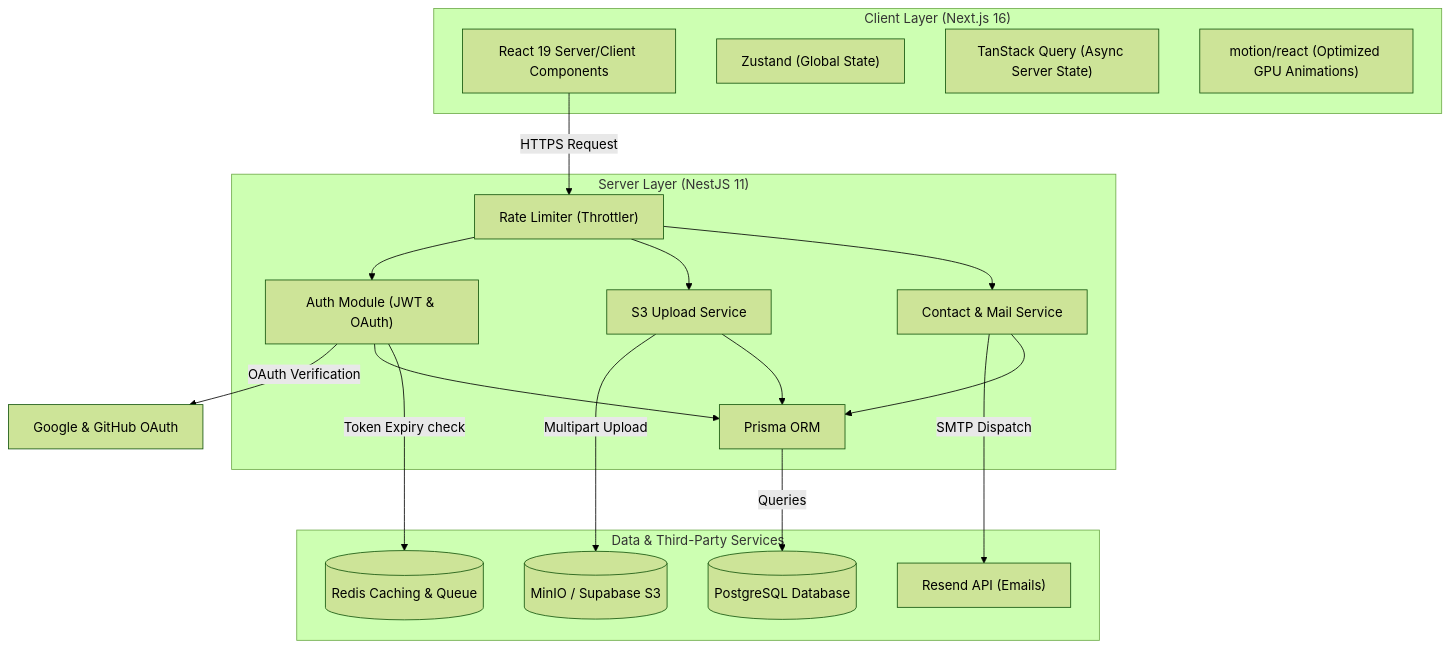
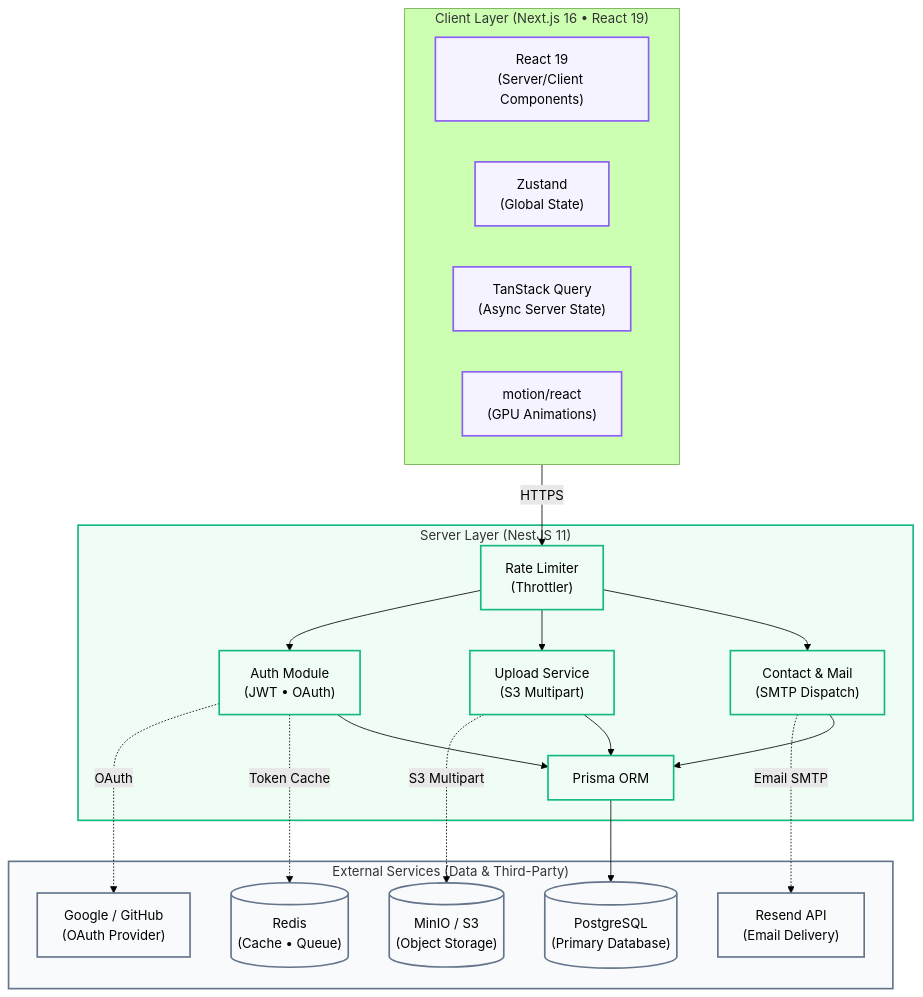
The diagram in README.md (nuntawatt/Portfolio-NextJS), drawn with Mermaid (forest theme) before and after one commit. The commit also changed other lines of this file, not shown here.

Commit message:
docs: rewrite README.md with detailed System Architecture specification and Mermaid diagram

````diff
--- a/README.md
+++ b/README.md
@@ -18,38 +18,53 @@
 ```mermaid
 graph TD
-    subgraph Client ["Client Layer (Next.js 16)"]
-        UI["React 19 Server/Client Components"]
-        Zustand["Zustand (Global State)"]
-        Query["TanStack Query (Async Server State)"]
-        Motion["motion/react (Optimized GPU Animations)"]
+    classDef client fill:#f5f3ff,stroke:#8b5cf6,stroke-width:2px;
+    classDef server fill:#f0fdf4,stroke:#10b981,stroke-width:2px;
+    classDef external fill:#f8fafc,stroke:#64748b,stroke-width:2px;
+    classDef legend fill:#ffffff,stroke:#cccccc,stroke-width:1px;
+
+    subgraph Client ["Client Layer (Next.js 16 • React 19)"]
+        React["React 19<br/>(Server/Client Components)"]
+        Zustand["Zustand<br/>(Global State)"]
+        TanStack["TanStack Query<br/>(Async Server State)"]
+        Motion["motion/react<br/>(GPU Animations)"]
     end
+    class Client,React,Zustand,TanStack,Motion client;
 
-    subgraph API ["Server Layer (NestJS 11)"]
-        Auth["Auth Module (JWT & OAuth)"]
-        Upload["S3 Upload Service"]
-        Contact["Contact & Mail Service"]
-        Throttler["Rate Limiter (Throttler)"]
+    subgraph Server ["Server Layer (NestJS 11)"]
+        Throttler["Rate Limiter<br/>(Throttler)"]
+        
+        Auth["Auth Module<br/>(JWT • OAuth)"]
+        Upload["Upload Service<br/>(S3 Multipart)"]
+        Contact["Contact & Mail<br/>(SMTP Dispatch)"]
+        
         Prisma["Prisma ORM"]
     end
+    class Server,Throttler,Auth,Upload,Contact,Prisma server;
 
-    subgraph External ["Data & Third-Party Services"]
-        DB[("PostgreSQL Database")]
-        Redis[("Redis Caching & Queue")]
-        MinIO[("MinIO / Supabase S3")]
-        Resend["Resend API (Emails)"]
+    subgraph External ["External Services (Data & Third-Party)"]
+        Postgres[("PostgreSQL<br/>(Primary Database)")]
+        Redis[("Redis<br/>(Cache • Queue)")]
+        S3[("MinIO / S3<br/>(Object Storage)")]
+        Resend["Resend API<br/>(Email Delivery)"]
+        OAuthProviders["Google / GitHub<br/>(OAuth Provider)"]
     end
+    class External,Postgres,Redis,S3,Resend,OAuthProviders external;
 
-    %% Flow lines
-    UI -->|HTTPS Request| Throttler
+    %% Network & Flow Connections
+    Client -->|HTTPS| Throttler
+    
     Throttler --> Auth
     Throttler --> Upload
     Throttler --> Contact
     
-    Auth -->|OAuth Verification| GoogleGitHub["Google & GitHub OAuth"]
-    Upload -->|Multipart Upload| MinIO
-    Contact -->|SMTP Dispatch| Resend
+    Auth -.->|OAuth| OAuthProviders
+    Auth -.->|Token Cache| Redis
+    Upload -.->|S3 Multipart| S3
+    Contact -.->|Email SMTP| Resend
     
-    Auth & Upload & Contact --> Prisma
-    Prisma -->|Queries| DB
-    Auth -->|Token Expiry check| Redis
+    Auth --> Prisma
+    Upload --> Prisma
+    Contact --> Prisma
+    
+    Prisma --> Postgres
 ```
````
